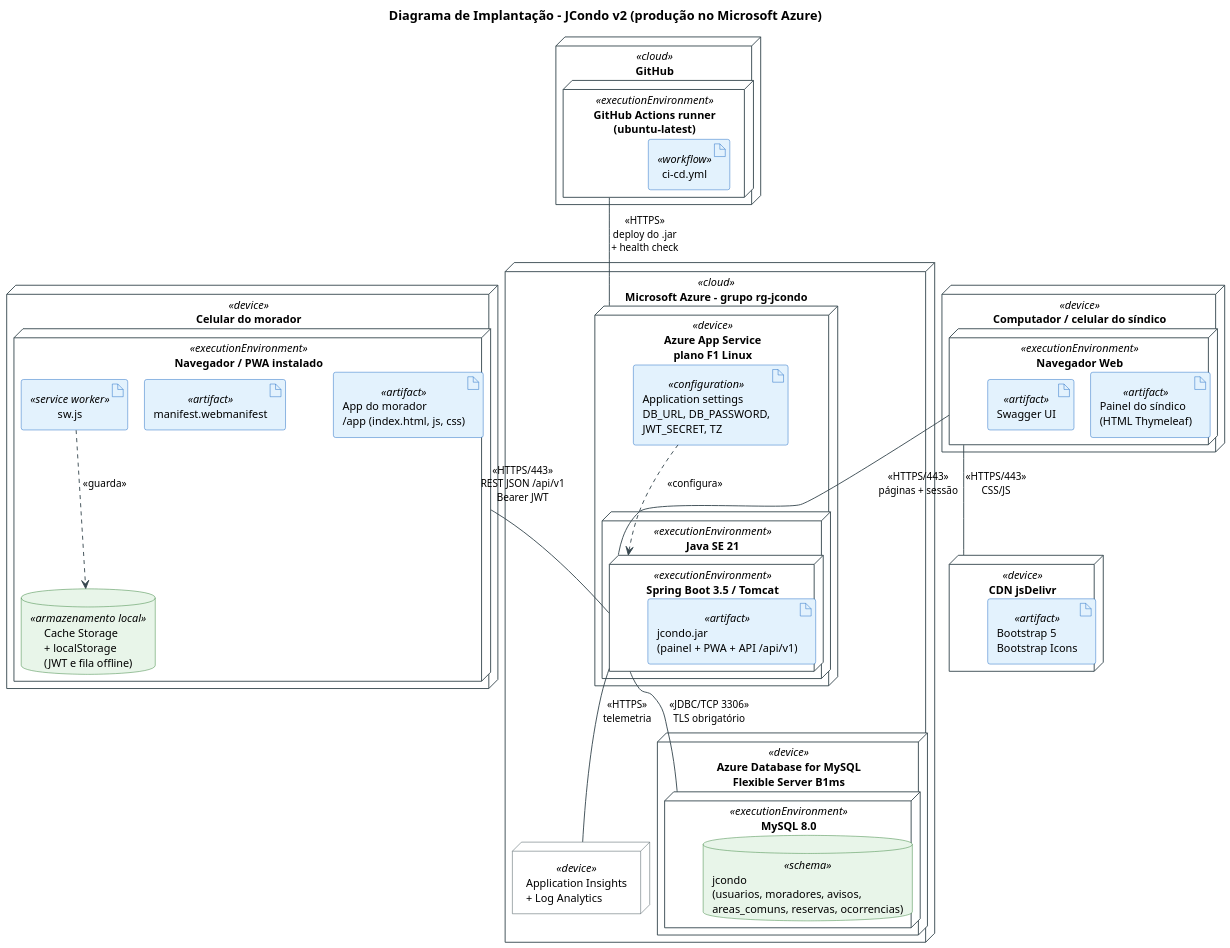
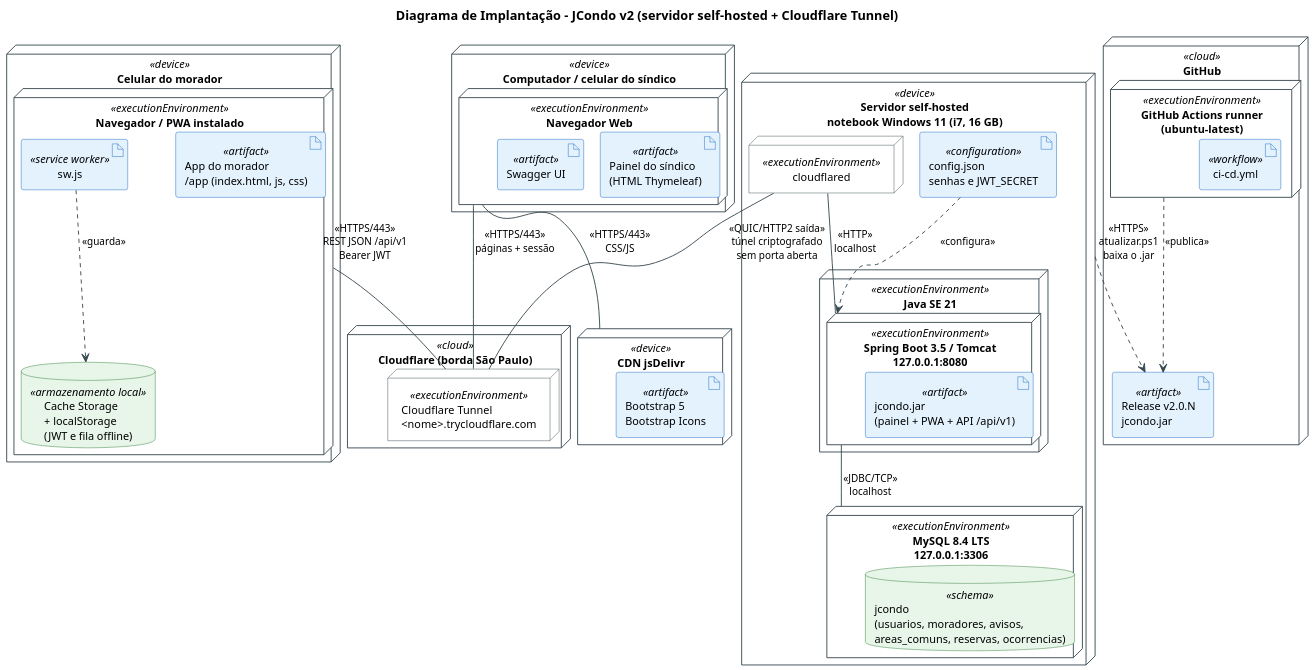
One commit to jorgensc/PEIV-Entrega2 changed the diagram in doc/fontes/diagrama-implantacao.puml. Above: the diagram before and after it, drawn with PlantUML. The commit also changed 21 other files, not shown here.

Commit message:
troca a hospedagem para servidor proprio com cloudflare tunnel

```diff
--- a/doc/fontes/diagrama-implantacao.puml
+++ b/doc/fontes/diagrama-implantacao.puml
@@ -1,68 +1,70 @@
 @startuml diagrama-implantacao
 !pragma layout smetana
 skinparam dpi 150
 skinparam defaultFontName "Segoe UI"
 skinparam defaultFontSize 12
 skinparam shadowing false
 skinparam nodeBackgroundColor #FFFFFF
 skinparam nodeBorderColor #37474F
 skinparam artifactBackgroundColor #E3F2FD
 skinparam artifactBorderColor #1565C0
 skinparam databaseBackgroundColor #E8F5E9
 skinparam databaseBorderColor #2E7D32
 skinparam arrowColor #37474F
 skinparam ArrowFontSize 11
-title Diagrama de Implantação - JCondo v2 (produção no Microsoft Azure)
+title Diagrama de Implantação - JCondo v2 (servidor self-hosted + Cloudflare Tunnel)
 
 node "Celular do morador" <<device>> as cel {
   node "Navegador / PWA instalado" <<executionEnvironment>> as nav1 {
     artifact "App do morador\n/app (index.html, js, css)" <<artifact>> as pwa
     artifact "sw.js" <<service worker>> as sw
-    artifact "manifest.webmanifest" <<artifact>> as man
     database "Cache Storage\n+ localStorage\n(JWT e fila offline)" <<armazenamento local>> as cache
   }
 }
 
 node "Computador / celular do síndico" <<device>> as pc {
   node "Navegador Web" <<executionEnvironment>> as nav2 {
     artifact "Painel do síndico\n(HTML Thymeleaf)" <<artifact>> as painel
     artifact "Swagger UI" <<artifact>> as swagger
   }
 }
 
 node "CDN jsDelivr" <<device>> as cdn {
   artifact "Bootstrap 5\nBootstrap Icons" <<artifact>> as bs
 }
 
+node "Cloudflare (borda São Paulo)" <<cloud>> as cf {
+  node "Cloudflare Tunnel\n<nome>.trycloudflare.com" <<executionEnvironment>> as edge
+}
+
 node "GitHub" <<cloud>> as gh {
   node "GitHub Actions runner\n(ubuntu-latest)" <<executionEnvironment>> as runner {
     artifact "ci-cd.yml" <<workflow>> as wf
   }
+  artifact "Release v2.0.N\njcondo.jar" <<artifact>> as release
 }
 
-node "Microsoft Azure - grupo rg-jcondo" <<cloud>> as azure {
-  node "Azure App Service\nplano F1 Linux" <<device>> as appsvc {
-    artifact "Application settings\nDB_URL, DB_PASSWORD,\nJWT_SECRET, TZ" <<configuration>> as cfg
-    node "Java SE 21" <<executionEnvironment>> as jre {
-      node "Spring Boot 3.5 / Tomcat" <<executionEnvironment>> as boot {
-        artifact "jcondo.jar\n(painel + PWA + API /api/v1)" <<artifact>> as jar
-      }
+node "Servidor self-hosted\nnotebook Windows 11 (i7, 16 GB)" <<device>> as srv {
+  node "cloudflared" <<executionEnvironment>> as cfd
+  artifact "config.json\nsenhas e JWT_SECRET" <<configuration>> as cfg
+  node "Java SE 21" <<executionEnvironment>> as jre {
+    node "Spring Boot 3.5 / Tomcat\n127.0.0.1:8080" <<executionEnvironment>> as boot {
+      artifact "jcondo.jar\n(painel + PWA + API /api/v1)" <<artifact>> as jar
     }
   }
-  node "Azure Database for MySQL\nFlexible Server B1ms" <<device>> as mysqlsrv {
-    node "MySQL 8.0" <<executionEnvironment>> as mysql {
-      database "jcondo\n(usuarios, moradores, avisos,\nareas_comuns, reservas, ocorrencias)" <<schema>> as banco
-    }
+  node "MySQL 8.4 LTS\n127.0.0.1:3306" <<executionEnvironment>> as mysql {
+    database "jcondo\n(usuarios, moradores, avisos,\nareas_comuns, reservas, ocorrencias)" <<schema>> as banco
   }
-  node "Application Insights\n+ Log Analytics" <<device>> as ai
 }
 
-nav1 -- boot : <<HTTPS/443>>\nREST JSON /api/v1\nBearer JWT
-nav2 -- boot : <<HTTPS/443>>\npáginas + sessão
+nav1 -- edge : <<HTTPS/443>>\nREST JSON /api/v1\nBearer JWT
+nav2 -- edge : <<HTTPS/443>>\npáginas + sessão
 nav2 -- cdn : <<HTTPS/443>>\nCSS/JS
-boot -- mysql : <<JDBC/TCP 3306>>\nTLS obrigatório
-boot -- ai : <<HTTPS>>\ntelemetria
-runner -- appsvc : <<HTTPS>>\ndeploy do .jar\n+ health check
+cfd -- edge : <<QUIC/HTTP2 saída>>\ntúnel criptografado\nsem porta aberta
+cfd -- boot : <<HTTP>>\nlocalhost
+boot -- mysql : <<JDBC/TCP>>\nlocalhost
+runner ..> release : <<publica>>
+srv ..> release : <<HTTPS>>\natualizar.ps1\nbaixa o .jar
 cfg ..> boot : <<configura>>
 sw ..> cache : <<guarda>>
 @enduml
```
